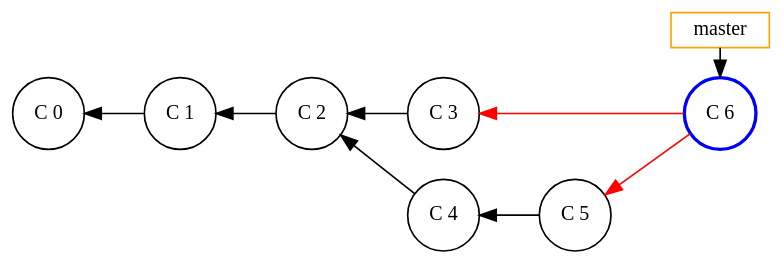
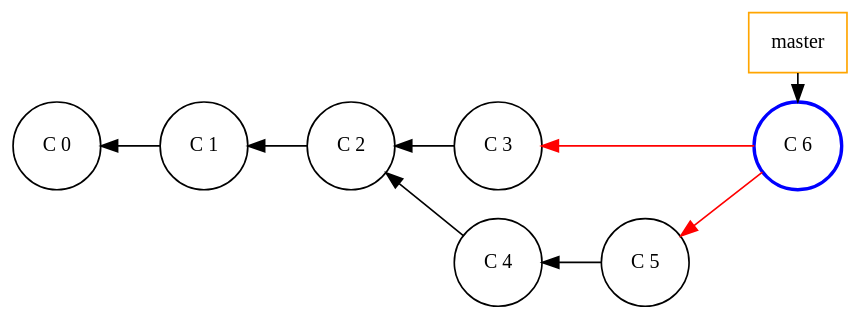
The diagram in slides/intro/src/docs/asciidoc/graphviz/git-merge-conflict-2.dot (Gepardec/git-training), drawn with Graphviz before and after one commit. The commit also changed 15 other files, not shown here.

```diff
--- a/slides/intro/src/docs/asciidoc/graphviz/git-merge-conflict-2.dot
+++ b/slides/intro/src/docs/asciidoc/graphviz/git-merge-conflict-2.dot
@@ -1,38 +1,38 @@
 digraph git_merge_fast_fwd {
     splines=line
     rankdir=LR
     bgcolor=transparent
 
-    node[width=0.2,height=0.2, shape=rect,fontsize=12.0, style="", color=orange]
-    edge[weight=2,dir=back, style=""]
+    node[width=0.3, shape=rect,fontsize=12.0, style="", color=orange]
+    edge[dir=back, style=""]
     master [label="master"]
 
-    node[width=0.6,height=0.6, shape=circle,fontsize=12.0, style="", color=""]
-    edge[weight=2,dir=back, style=""]
+    node[shape=circle,fontsize=12.0, style="", color=""]
+    edge[dir=back, style=""]
 
     c_0 [label="C 0", group=master]
     c_1 [label="C 1", group=master]
     c_2 [label="C 2", group=master]
     c_3 [label="C 3", group=master]
     c_4 [label="C 4", group=branch]
     c_5 [label="C 5", group=branch]
 
     /* Marked nodes */
-    node[shape=ellipse, color=blue, style=bold]
+    node[shape=circle, color=blue, style=bold]
     c_6 [label="C 6", group=master]
 
     edge[style=""]
     c_0 -> c_1 -> c_2
     c_2 -> c_3
     c_2 -> c_4
 
     edge[color=""]
     master -> c_6 [dir=""]
 
     c_4 -> c_5
     c_3 -> c_6 [color=red]
     c_5 -> c_6 [color=red]
 
     {rank=same; c_3 c_4 }
     {rank=same; master c_6 }
 }
```
